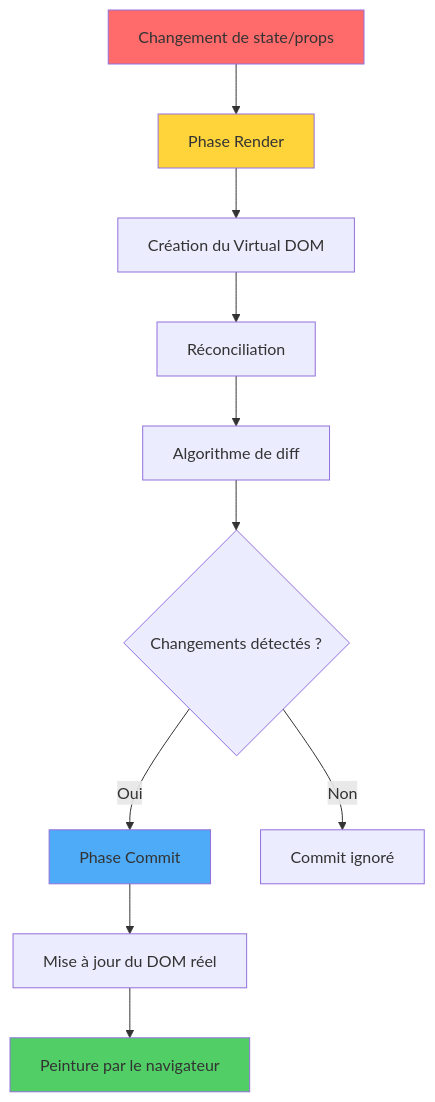
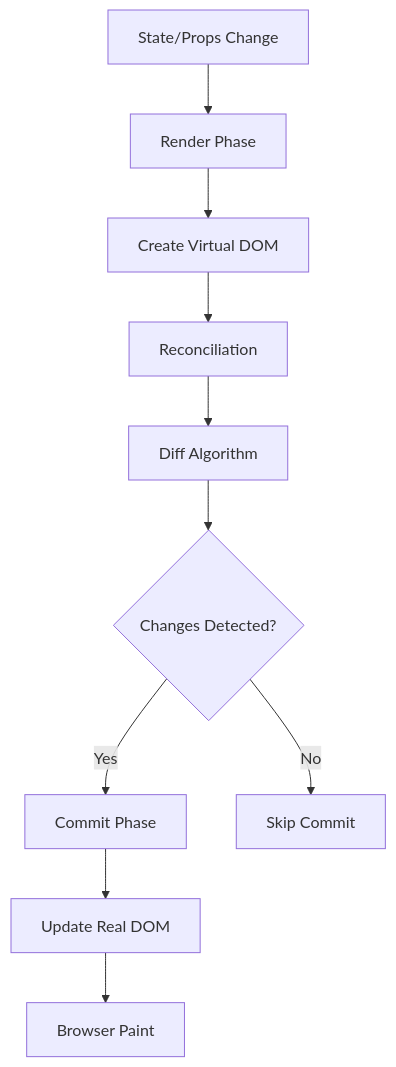
Before and after one commit to BabaScience/react-guides: the first of 5 diagrams in arguments/chapters/fr/09-performance-optimization.md, drawn with Mermaid. The commit also changed other lines of this file and 29 other files, not shown here.

First line of the commit message:
Bring React FR/IT translations to full English parity + theme-safe diagrams

````diff
--- a/arguments/chapters/fr/09-performance-optimization.md
+++ b/arguments/chapters/fr/09-performance-optimization.md
@@ -13,19 +28,15 @@
 ```mermaid
 graph TD
-    A["Changement de state/props"] --> B["Phase Render"]
-    B --> C["Création du Virtual DOM"]
-    C --> D["Réconciliation"]
-    D --> E["Algorithme de diff"]
-    E --> F{"Changements détectés ?"}
-
-    F -->|Oui| G["Phase Commit"]
-    F -->|Non| H["Commit ignoré"]
-
-    G --> I["Mise à jour du DOM réel"]
-    I --> J["Peinture par le navigateur"]
-
-    style A fill:#ff6b6b
-    style B fill:#ffd43b
-    style G fill:#4dabf7
-    style J fill:#51cf66
+    A[State/Props Change] --> B[Render Phase]
+    B --> C[Create Virtual DOM]
+    C --> D[Reconciliation]
+    D --> E[Diff Algorithm]
+    E --> F{Changes Detected?}
+    
+    F -->|Yes| G[Commit Phase]
+    F -->|No| H[Skip Commit]
+    
+    G --> I[Update Real DOM]
+    I --> J[Browser Paint]
+    
 ```
````
